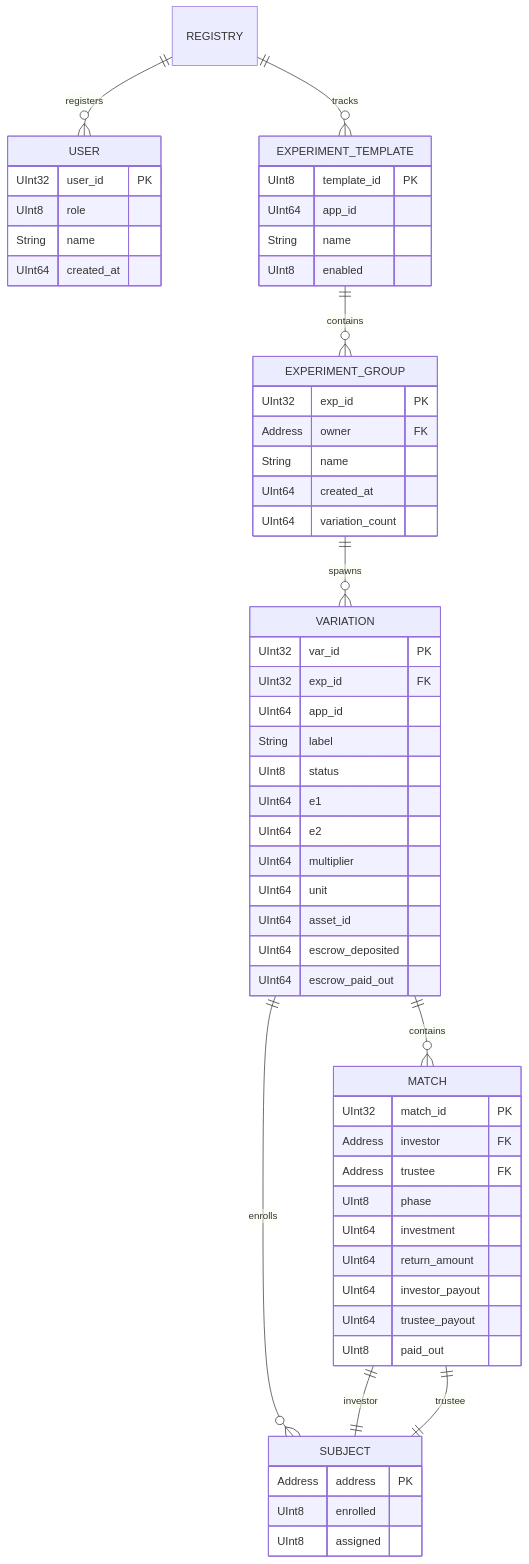
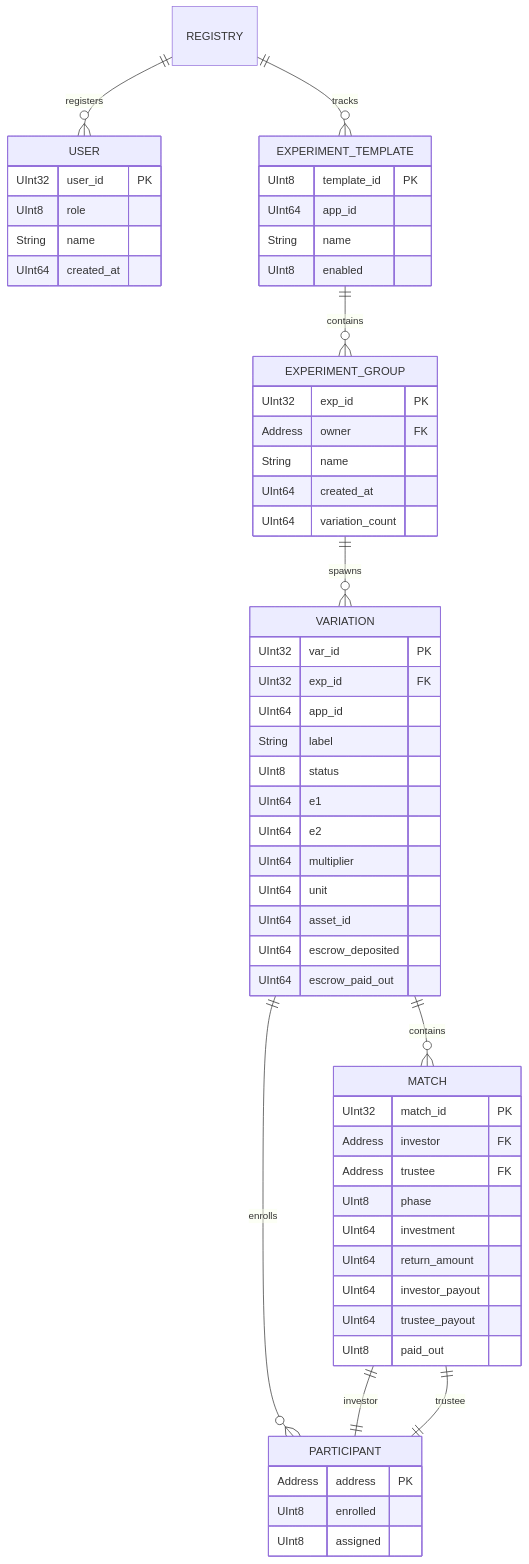
Before and after one commit to Open-Science-Blockchain-Economics/bx-hive: the fifth of 10 diagrams in docs/reference-docs/smart-contract-architecture.md, drawn with Mermaid. The commit also changed other lines of this file and 19 other files, not shown here.

````diff
--- a/docs/reference-docs/smart-contract-architecture.md
+++ b/docs/reference-docs/smart-contract-architecture.md
@@ -282,66 +282,66 @@
 ```mermaid
 erDiagram
     REGISTRY ||--o{ USER : "registers"
     REGISTRY ||--o{ EXPERIMENT_TEMPLATE : "tracks"
     EXPERIMENT_TEMPLATE ||--o{ EXPERIMENT_GROUP : "contains"
     EXPERIMENT_GROUP ||--o{ VARIATION : "spawns"
-    VARIATION ||--o{ SUBJECT : "enrolls"
+    VARIATION ||--o{ PARTICIPANT : "enrolls"
     VARIATION ||--o{ MATCH : "contains"
-    MATCH ||--|| SUBJECT : "investor"
-    MATCH ||--|| SUBJECT : "trustee"
+    MATCH ||--|| PARTICIPANT : "investor"
+    MATCH ||--|| PARTICIPANT : "trustee"
 
     USER {
         UInt32 user_id PK
         UInt8 role
         String name
         UInt64 created_at
     }
 
     EXPERIMENT_TEMPLATE {
         UInt8 template_id PK
         UInt64 app_id
         String name
         UInt8 enabled
     }
 
     EXPERIMENT_GROUP {
         UInt32 exp_id PK
         Address owner FK
         String name
         UInt64 created_at
         UInt64 variation_count
     }
 
     VARIATION {
         UInt32 var_id PK
         UInt32 exp_id FK
         UInt64 app_id
         String label
         UInt8 status
         UInt64 e1
         UInt64 e2
         UInt64 multiplier
         UInt64 unit
         UInt64 asset_id
         UInt64 escrow_deposited
         UInt64 escrow_paid_out
     }
 
-    SUBJECT {
+    PARTICIPANT {
         Address address PK
         UInt8 enrolled
         UInt8 assigned
     }
 
     MATCH {
         UInt32 match_id PK
         Address investor FK
         Address trustee FK
         UInt8 phase
         UInt64 investment
         UInt64 return_amount
         UInt64 investor_payout
         UInt64 trustee_payout
         UInt8 paid_out
     }
 ```
````
